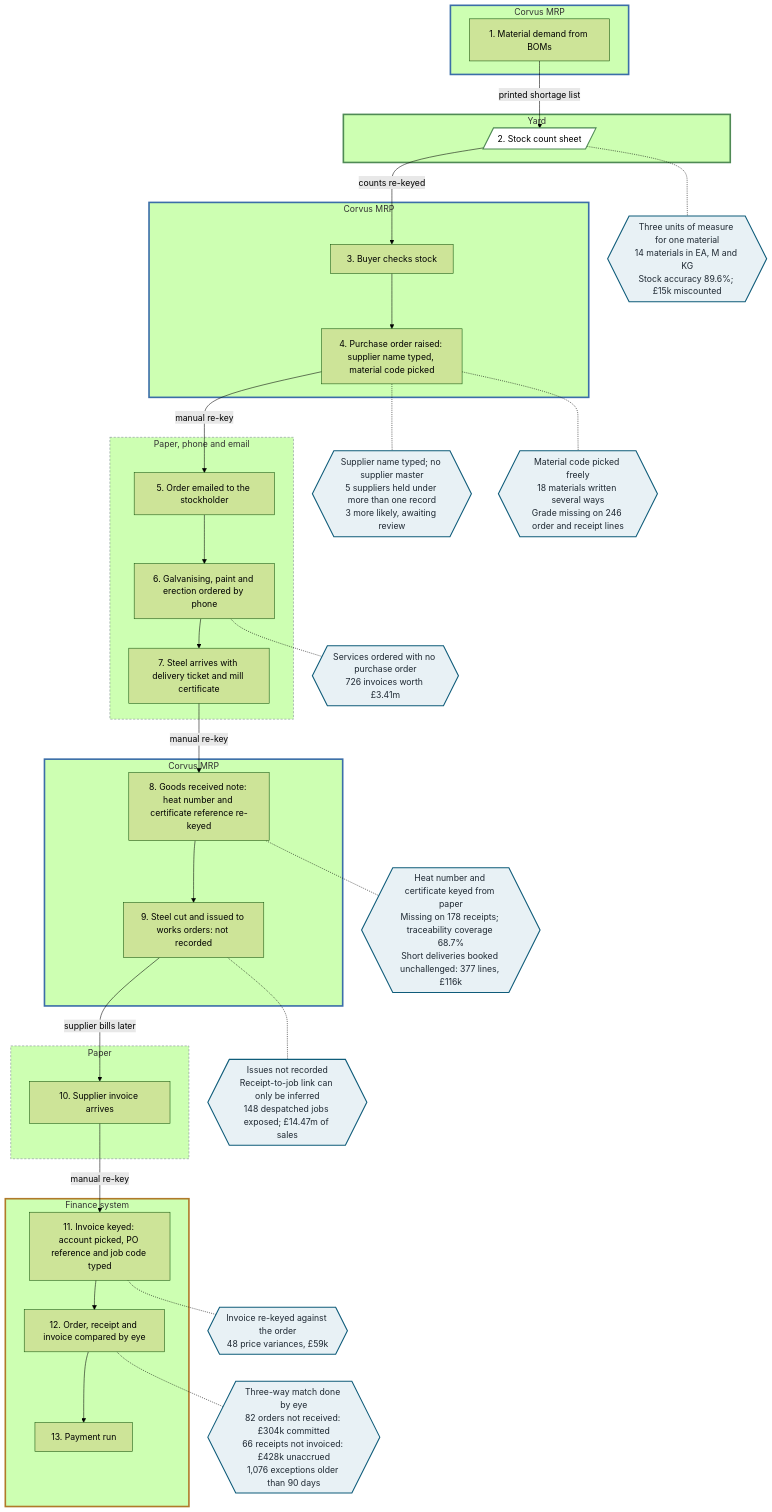
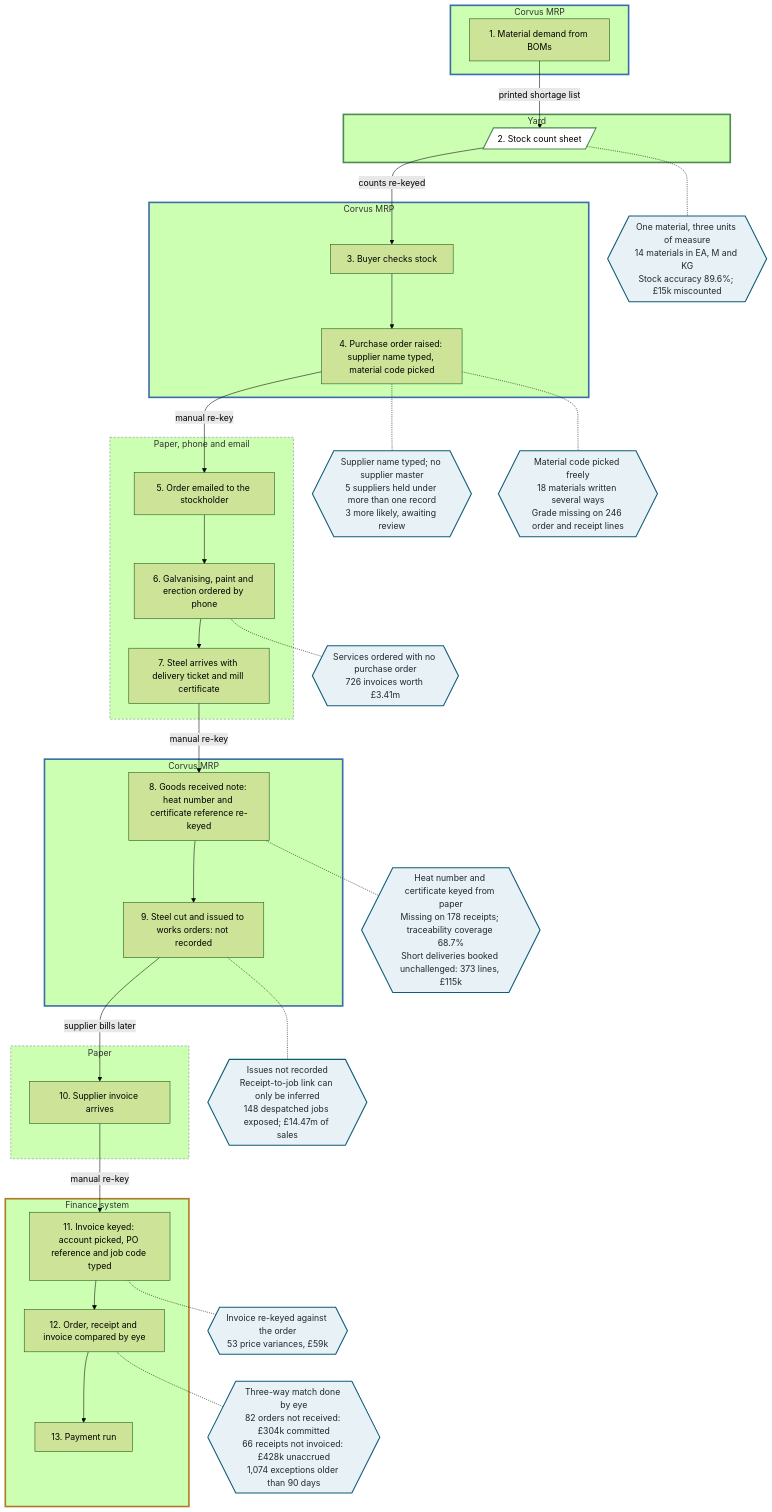
Before and after one commit to Noyalg5/fabsync: the diagram in docs/diagrams/as-is-procure-to-pay.mmd, drawn with Mermaid (forest theme). The commit also changed 41 other files, not shown here.

```diff
--- a/docs/diagrams/as-is-procure-to-pay.mmd
+++ b/docs/diagrams/as-is-procure-to-pay.mmd
@@ -1,75 +1,75 @@
 %% AS-IS procure to pay. Demonstration prototype: all data is synthetic.
 %% Steps run top to bottom. Each box is a system boundary; a new box opens every time the work
 %% crosses into another system. Figures in the break points are measured by the FabSync
 %% reconciliation of the synthetic data.
 flowchart TB
   subgraph CO1["Corvus MRP"]
     K1["1. Material demand from BOMs"]
   end
   subgraph YA1["Yard"]
     Y1[/"2. Stock count sheet"/]
   end
   subgraph CO2["Corvus MRP"]
     K2["3. Buyer checks stock"]
     K3["4. Purchase order raised: supplier name typed, material code picked"]
   end
   subgraph PA1["Paper, phone and email"]
     X1["5. Order emailed to the stockholder"]
     X2["6. Galvanising, paint and erection ordered by phone"]
     X3["7. Steel arrives with delivery ticket and mill certificate"]
   end
   subgraph CO3["Corvus MRP"]
     K4["8. Goods received note: heat number and certificate reference re-keyed"]
     K5["9. Steel cut and issued to works orders: not recorded"]
   end
   subgraph PA2["Paper"]
     X4["10. Supplier invoice arrives"]
   end
   subgraph FI1["Finance system"]
     F1["11. Invoice keyed: account picked, PO reference and job code typed"]
     F2["12. Order, receipt and invoice compared by eye"]
     F3["13. Payment run"]
   end
 
   K1 -- "printed shortage list" --> Y1
   Y1 -- "counts re-keyed" --> K2
   K2 --> K3
   K3 -- "manual re-key" --> X1
   X1 --> X2
   X2 --> X3
   X3 -- "manual re-key" --> K4
   K4 --> K5
   K5 -- "supplier bills later" --> X4
   X4 -- "manual re-key" --> F1
   F1 --> F2
   F2 --> F3
 
-  B3{{"Three units of measure for one material<br/>14 materials in EA, M and KG<br/>Stock accuracy 89.6%; £15k miscounted"}}
+  B3{{"One material, three units of measure<br/>14 materials in EA, M and KG<br/>Stock accuracy 89.6%; £15k miscounted"}}
   B1{{"Supplier name typed; no supplier master<br/>5 suppliers held under more than one record<br/>3 more likely, awaiting review"}}
   B2{{"Material code picked freely<br/>18 materials written several ways<br/>Grade missing on 246 order and receipt lines"}}
   B4{{"Services ordered with no purchase order<br/>726 invoices worth £3.41m"}}
-  B5{{"Heat number and certificate keyed from paper<br/>Missing on 178 receipts; traceability coverage 68.7%<br/>Short deliveries booked unchallenged: 377 lines, £116k"}}
+  B5{{"Heat number and certificate keyed from paper<br/>Missing on 178 receipts; traceability coverage 68.7%<br/>Short deliveries booked unchallenged: 373 lines, £115k"}}
   B6{{"Issues not recorded<br/>Receipt-to-job link can only be inferred<br/>148 despatched jobs exposed; £14.47m of sales"}}
-  B8{{"Invoice re-keyed against the order<br/>48 price variances, £59k"}}
-  B9{{"Three-way match done by eye<br/>82 orders not received: £304k committed<br/>66 receipts not invoiced: £428k unaccrued<br/>1,076 exceptions older than 90 days"}}
+  B8{{"Invoice re-keyed against the order<br/>53 price variances, £59k"}}
+  B9{{"Three-way match done by eye<br/>82 orders not received: £304k committed<br/>66 receipts not invoiced: £428k unaccrued<br/>1,074 exceptions older than 90 days"}}
 
   Y1 -.- B3
   K3 -.- B1
   K3 -.- B2
   X2 -.- B4
   K4 -.- B5
   K5 -.- B6
   F1 -.- B8
   F2 -.- B9
 
   classDef brk fill:#E8F1F5,stroke:#0F5C7A,stroke-width:2px,color:#1F2933
   classDef sheet fill:#FFFFFF,stroke:#4F8A55,stroke-width:2px
   class B1,B2,B3,B4,B5,B6,B8,B9 brk
   class Y1 sheet
   style CO1 stroke:#3B6EA8,stroke-width:3px
   style CO2 stroke:#3B6EA8,stroke-width:3px
   style CO3 stroke:#3B6EA8,stroke-width:3px
   style FI1 stroke:#B07A2A,stroke-width:3px
   style YA1 stroke:#4F8A55,stroke-width:3px
   style PA1 stroke:#7B8794,stroke-dasharray:4 3
   style PA2 stroke:#7B8794,stroke-dasharray:4 3
```
